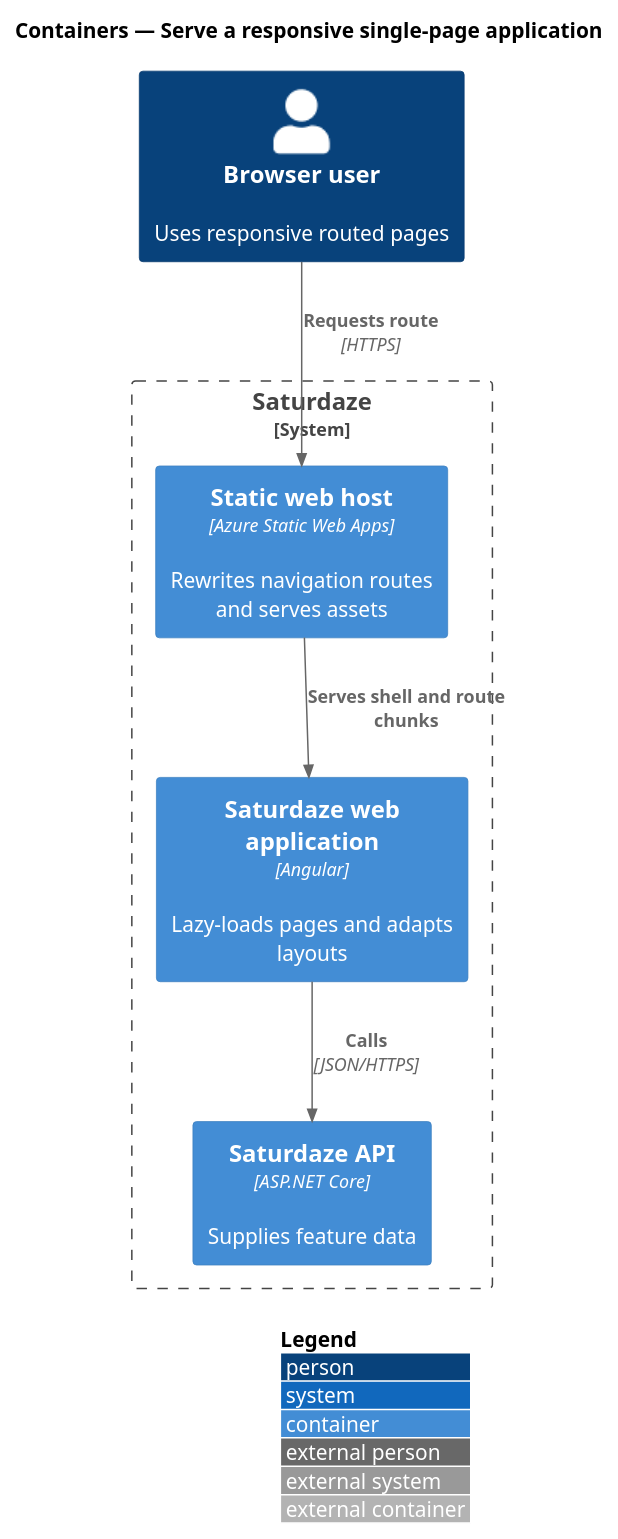
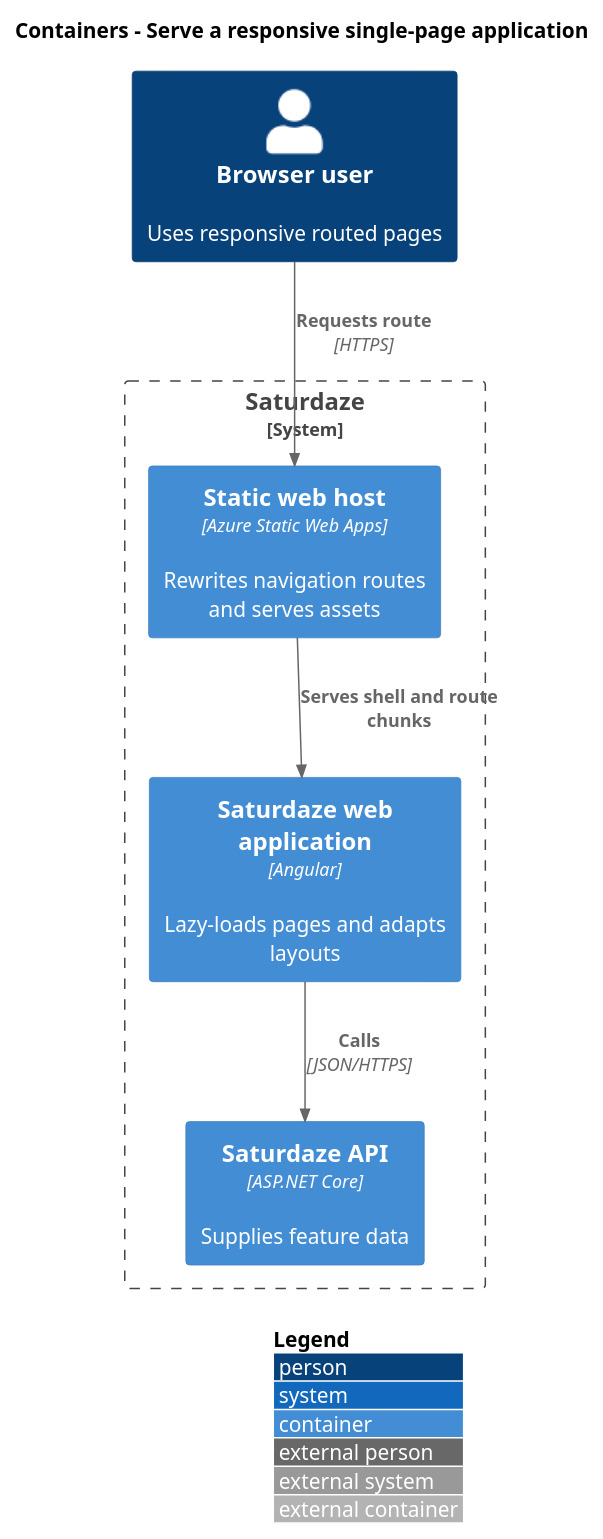
One commit to QuinntyneBrown/saturdaze changed the diagram in docs/detailed-designs/web-experience/serve-responsive-spa/diagrams/c4-container.puml. Above: the diagram before and after it, drawn with PlantUML. The commit also changed 289 other files, not shown here.

```diff
--- a/docs/detailed-designs/web-experience/serve-responsive-spa/diagrams/c4-container.puml
+++ b/docs/detailed-designs/web-experience/serve-responsive-spa/diagrams/c4-container.puml
@@ -1,15 +1,15 @@
 @startuml
 !include <C4/C4_Container>
 LAYOUT_WITH_LEGEND()
-title Containers — Serve a responsive single-page application
+title Containers - Serve a responsive single-page application
 
 Person(visitor, "Browser user", "Uses responsive routed pages")
 System_Boundary(saturdaze, "Saturdaze") {
   Container(swa, "Static web host", "Azure Static Web Apps", "Rewrites navigation routes and serves assets")
   Container(web, "Saturdaze web application", "Angular", "Lazy-loads pages and adapts layouts")
   Container(api, "Saturdaze API", "ASP.NET Core", "Supplies feature data")
 }
 Rel(visitor, swa, "Requests route", "HTTPS")
 Rel(swa, web, "Serves shell and route chunks")
 Rel(web, api, "Calls", "JSON/HTTPS")
 @enduml
```
